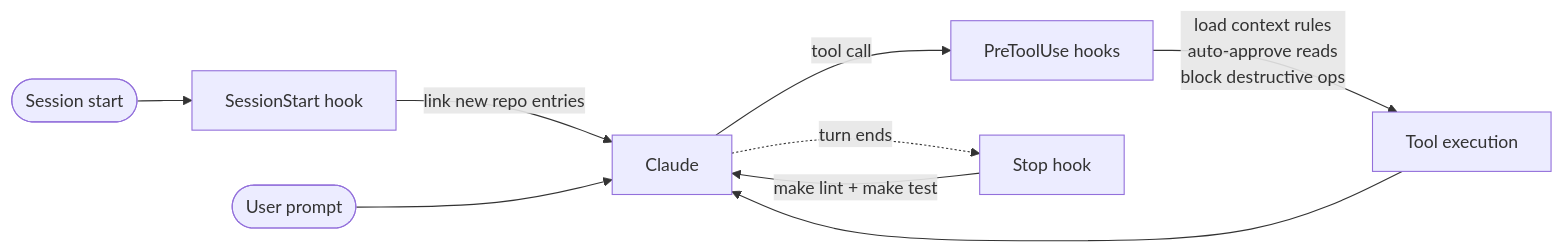
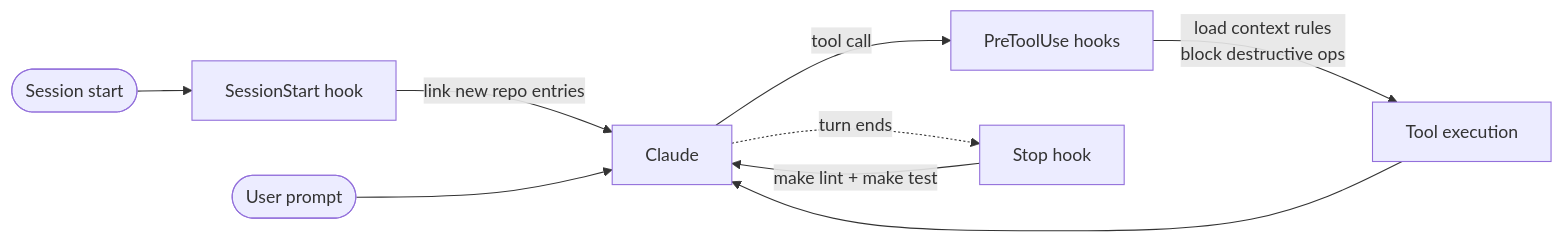
One commit to berekvolgyipeter/dotclaude changed the diagram in README.md. Above: the diagram before and after it, drawn with Mermaid. The commit also changed other lines of this file and 3 other files, not shown here.

Commit message:
chore(settings): enforce sandbox, allow skill reference repos, drop auto-approve hook

````diff
--- a/README.md
+++ b/README.md
@@ -23,11 +23,11 @@
 ```mermaid
 flowchart LR
     Start([Session start]) --> Sync[SessionStart hook]
     Sync -->|link new repo entries| Claude
     User([User prompt]) --> Claude
     Claude -->|tool call| Pre[PreToolUse hooks]
-    Pre -->|load context rules<br/>auto-approve reads<br/>block destructive ops| Tool[Tool execution]
+    Pre -->|load context rules<br/>block destructive ops| Tool[Tool execution]
     Tool --> Claude
     Claude -.turn ends.-> Stop[Stop hook]
     Stop -->|make lint + make test| Claude
 ```
````
